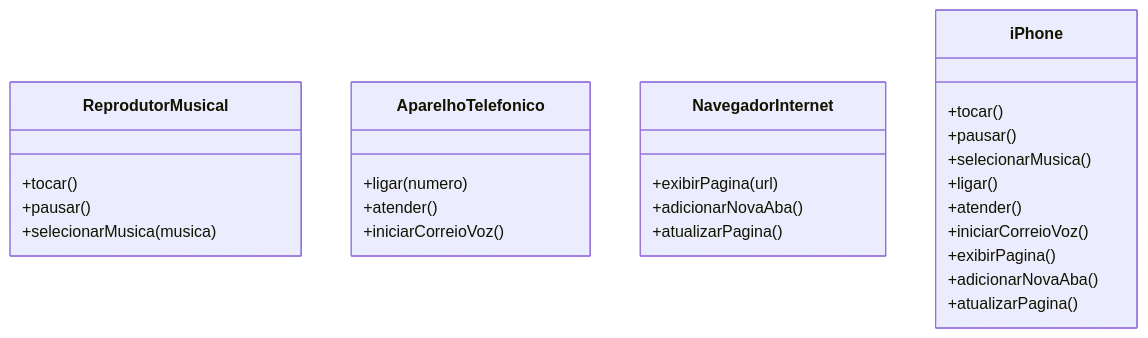
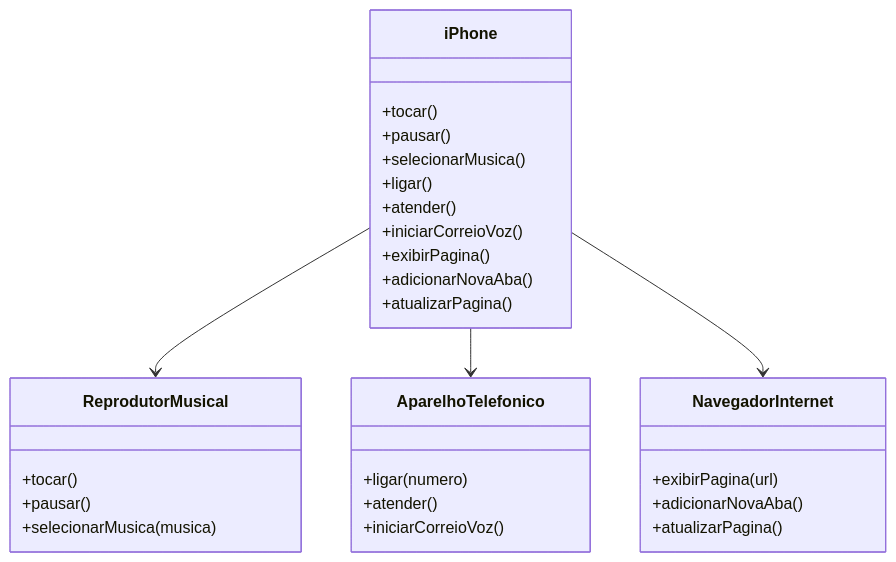
The diagram in desafio-poo/README.md (romildo-feliciano/dio-trilha-java-basico), drawn with Mermaid before and after one commit.

````diff
--- a/desafio-poo/README.md
+++ b/desafio-poo/README.md
@@ -37,36 +37,36 @@
 ```mermaid
 classDiagram
     class ReprodutorMusical {
         +tocar()
         +pausar()
         +selecionarMusica(musica)
     }
 
     class AparelhoTelefonico {
         +ligar(numero)
         +atender()
         +iniciarCorreioVoz()
     }
 
     class NavegadorInternet {
         +exibirPagina(url)
         +adicionarNovaAba()
         +atualizarPagina()
     }
 
     class iPhone {
         +tocar()
         +pausar()
         +selecionarMusica()
         +ligar()
         +atender()
         +iniciarCorreioVoz()
         +exibirPagina()
         +adicionarNovaAba()
         +atualizarPagina()
     }
 
-    iPhone implements ReprodutorMusical
-    iPhone implements AparelhoTelefonico
-    iPhone implements NavegadorInternet
+    iPhone --> ReprodutorMusical
+    iPhone --> AparelhoTelefonico
+    iPhone --> NavegadorInternet
 ```
````
